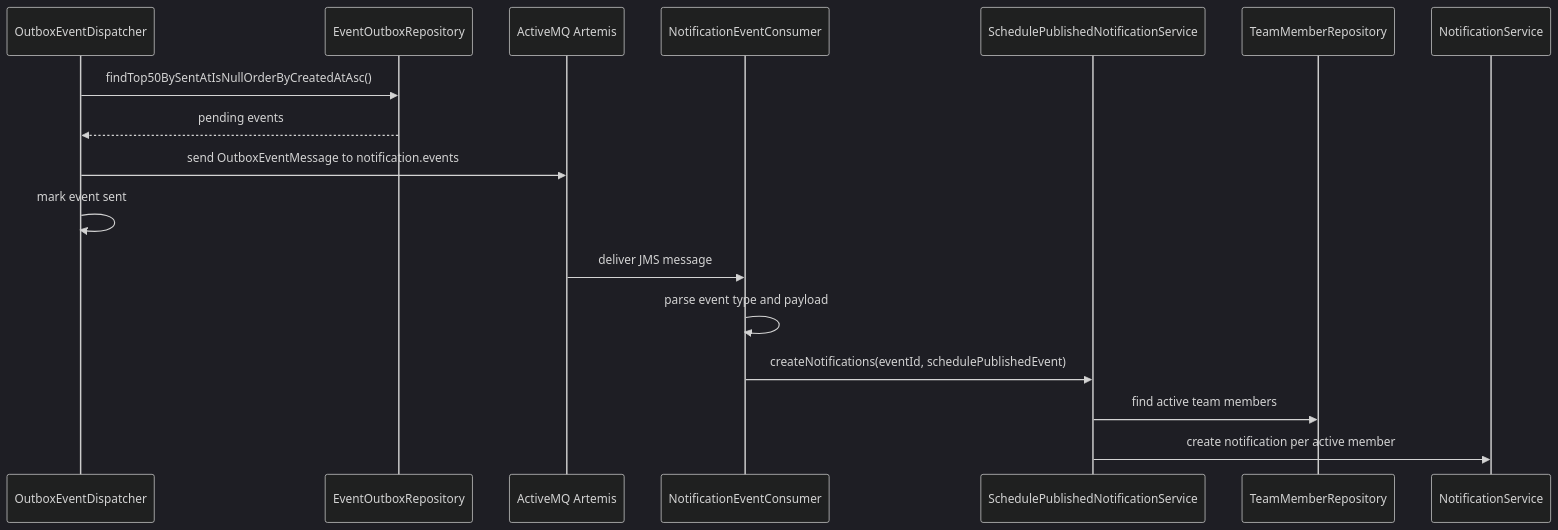
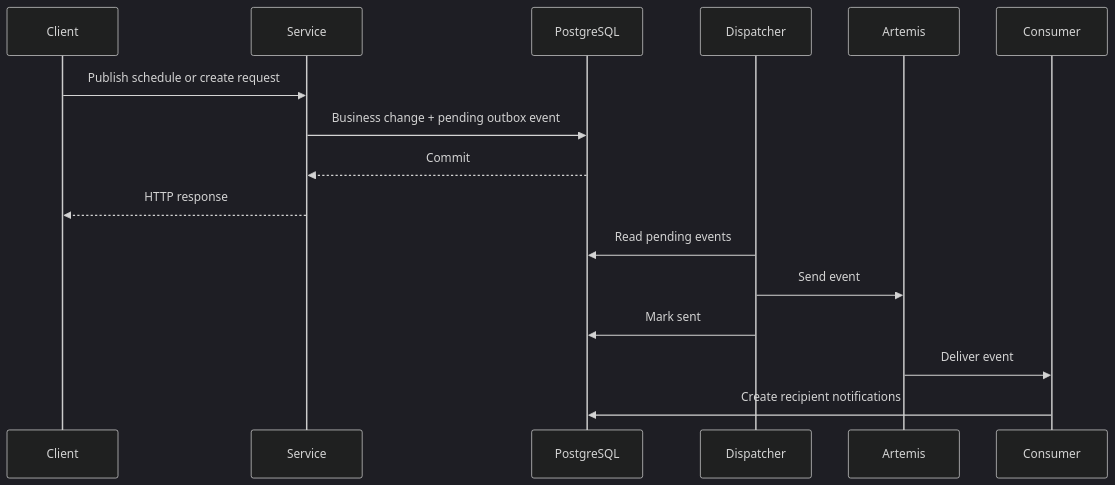
The third of 3 diagrams in docs/current-backend-architecture.md (HiliMor/shift-management-system), drawn with Mermaid (dark theme) before and after one commit. The commit also changed other lines of this file and 10 other files, not shown here.

````diff
--- a/docs/current-backend-architecture.md
+++ b/docs/current-backend-architecture.md
@@ -484,20 +264,18 @@
 ```mermaid
 sequenceDiagram
-    participant OutboxEventDispatcher
-    participant EventOutboxRepository
-    participant Artemis as ActiveMQ Artemis
-    participant NotificationEventConsumer
-    participant SchedulePublishedNotificationService
-    participant TeamMemberRepository
-    participant NotificationService
-
-    OutboxEventDispatcher->>EventOutboxRepository: findTop50BySentAtIsNullOrderByCreatedAtAsc()
-    EventOutboxRepository-->>OutboxEventDispatcher: pending events
-    OutboxEventDispatcher->>Artemis: send OutboxEventMessage to notification.events
-    OutboxEventDispatcher->>OutboxEventDispatcher: mark event sent
-    Artemis->>NotificationEventConsumer: deliver JMS message
-    NotificationEventConsumer->>NotificationEventConsumer: parse event type and payload
-    NotificationEventConsumer->>SchedulePublishedNotificationService: createNotifications(eventId, schedulePublishedEvent)
-    SchedulePublishedNotificationService->>TeamMemberRepository: find active team members
-    SchedulePublishedNotificationService->>NotificationService: create notification per active member
+    participant Client
+    participant Service
+    participant DB as PostgreSQL
+    participant Dispatcher
+    participant Broker as Artemis
+    participant Consumer
+    Client->>Service: Publish schedule or create request
+    Service->>DB: Business change + pending outbox event
+    DB-->>Service: Commit
+    Service-->>Client: HTTP response
+    Dispatcher->>DB: Read pending events
+    Dispatcher->>Broker: Send event
+    Dispatcher->>DB: Mark sent
+    Broker->>Consumer: Deliver event
+    Consumer->>DB: Create recipient notifications
 ```
````
